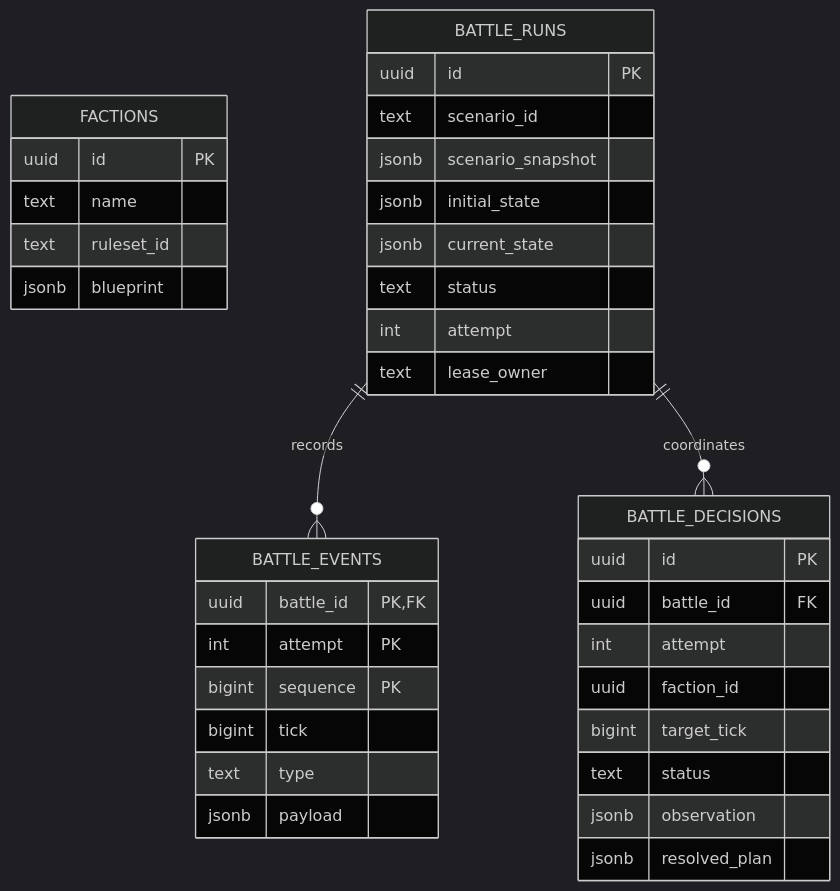
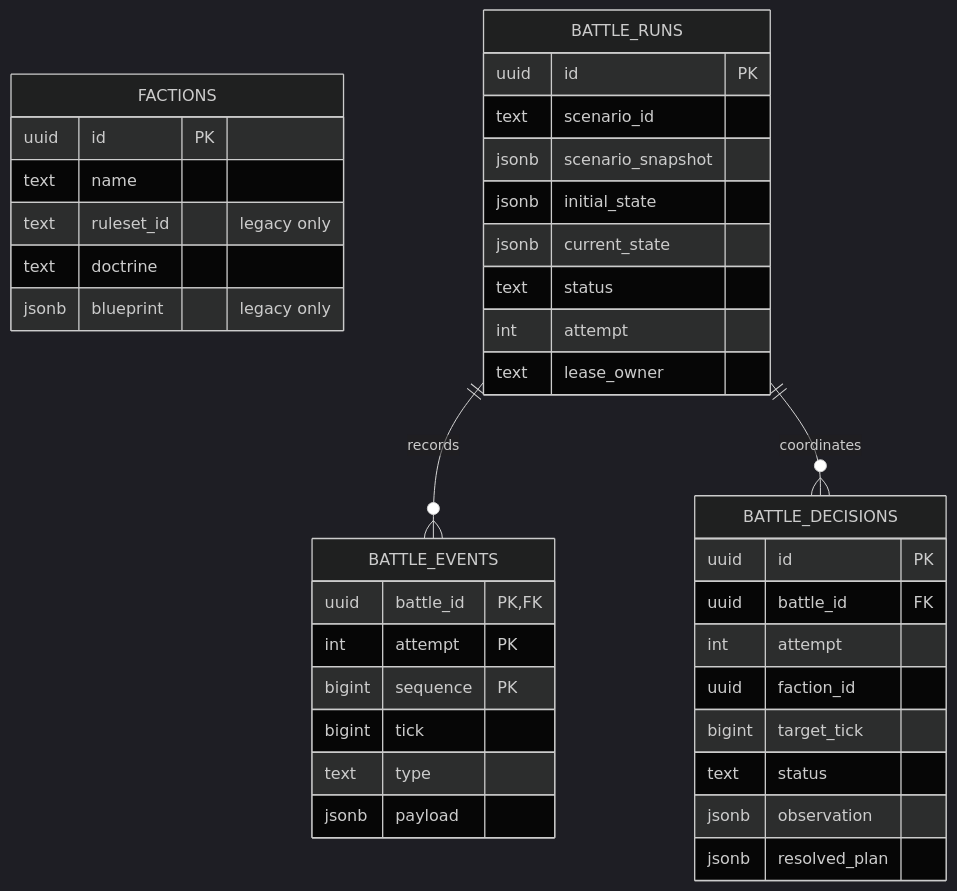
The fifth of 5 diagrams in docs/design/system-architecture.md (twhAuto/autonomous_battlefield), drawn with Mermaid (dark theme) before and after one commit. The commit also changed other lines of this file and 74 other files, not shown here.

````diff
--- a/docs/design/system-architecture.md
+++ b/docs/design/system-architecture.md
@@ -397,40 +398,41 @@
 ```mermaid
 erDiagram
     FACTIONS {
         uuid id PK
         text name
-        text ruleset_id
-        jsonb blueprint
+        text ruleset_id "legacy only"
+        text doctrine
+        jsonb blueprint "legacy only"
     }
     BATTLE_RUNS {
         uuid id PK
         text scenario_id
         jsonb scenario_snapshot
         jsonb initial_state
         jsonb current_state
         text status
         int attempt
         text lease_owner
     }
     BATTLE_EVENTS {
         uuid battle_id PK,FK
         int attempt PK
         bigint sequence PK
         bigint tick
         text type
         jsonb payload
     }
     BATTLE_DECISIONS {
         uuid id PK
         uuid battle_id FK
         int attempt
         uuid faction_id
         bigint target_tick
         text status
         jsonb observation
         jsonb resolved_plan
     }
 
     BATTLE_RUNS ||--o{ BATTLE_EVENTS : records
     BATTLE_RUNS ||--o{ BATTLE_DECISIONS : coordinates
 ```
````
